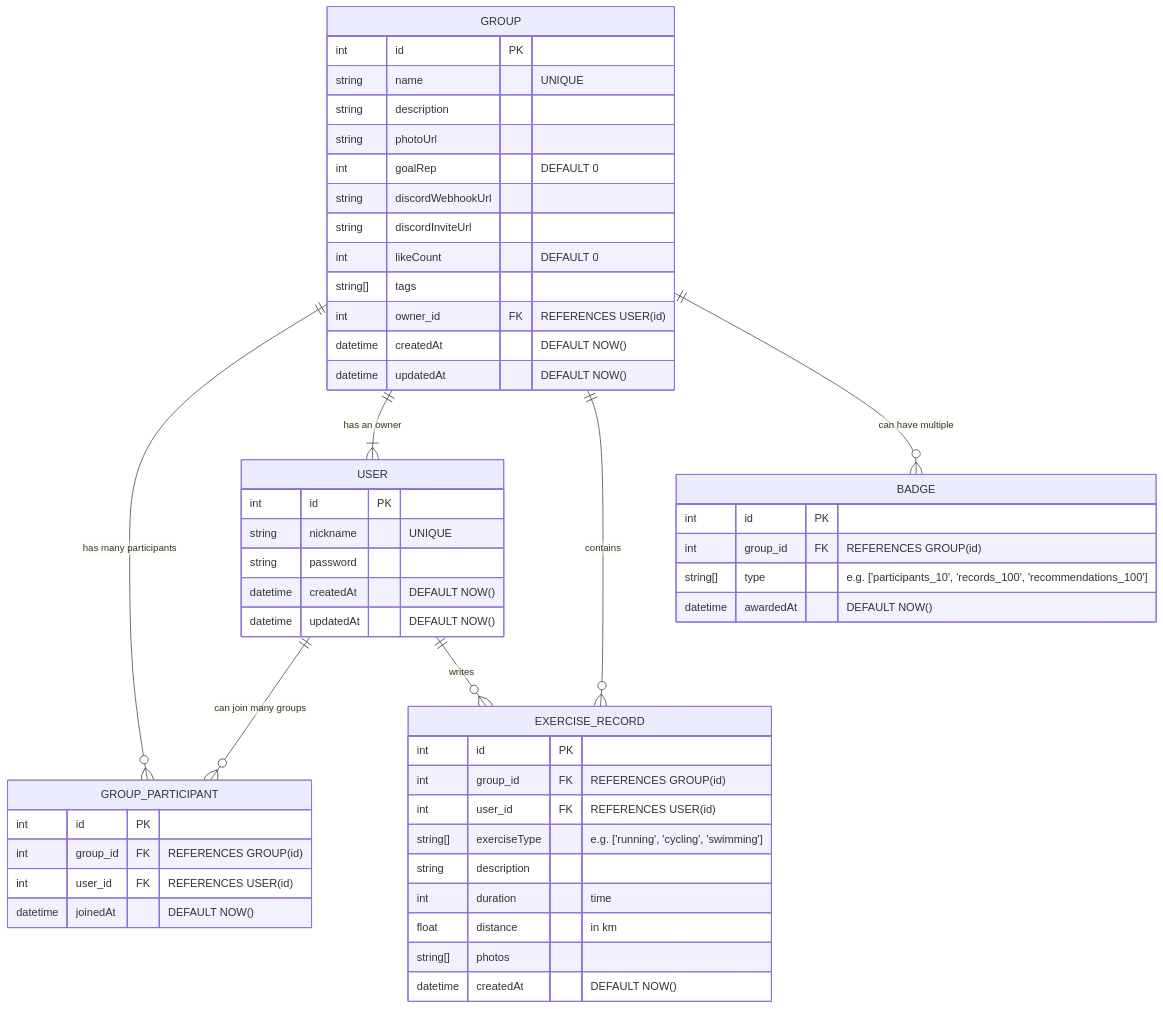
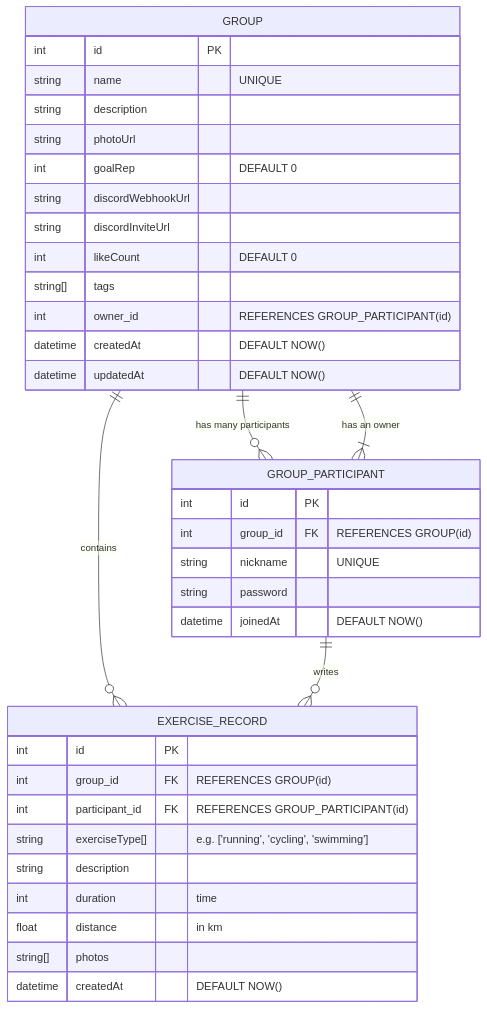
One commit to funfungun/mermaid changed the diagram in README.md. Above: the diagram before and after it, drawn with Mermaid.

````diff
--- a/README.md
+++ b/README.md
@@ -1,61 +1,43 @@
 ```mermaid
 erDiagram
     GROUP {
         int id PK
         string name "UNIQUE"
         string description
         string photoUrl
         int goalRep "DEFAULT 0"
         string discordWebhookUrl
         string discordInviteUrl
         int likeCount "DEFAULT 0"
         string[] tags
-        int owner_id FK "REFERENCES USER(id)"
-        datetime createdAt "DEFAULT NOW()"
-        datetime updatedAt "DEFAULT NOW()"
-    }
-
-    USER {
-        int id PK
-        string nickname "UNIQUE"
-        string password
+        int owner_id "REFERENCES GROUP_PARTICIPANT(id)"
         datetime createdAt "DEFAULT NOW()"
         datetime updatedAt "DEFAULT NOW()"
     }
 
     GROUP_PARTICIPANT {
         int id PK
         int group_id FK "REFERENCES GROUP(id)"
-        int user_id FK "REFERENCES USER(id)"
+        string nickname "UNIQUE"
+        string password
         datetime joinedAt "DEFAULT NOW()"
-        %% UNIQUE(group_id, user_id) 추가해야 함
     }
 
     GROUP ||--o{ GROUP_PARTICIPANT : "has many participants"
-    USER ||--o{ GROUP_PARTICIPANT : "can join many groups"
-    GROUP ||--|{ USER : "has an owner"
+    GROUP ||--|{ GROUP_PARTICIPANT : "has an owner"
 
     EXERCISE_RECORD {
         int id PK
         int group_id FK "REFERENCES GROUP(id)"
-        int user_id FK "REFERENCES USER(id)"
-        string[] exerciseType "e.g. ['running', 'cycling', 'swimming']"
+        int participant_id FK "REFERENCES GROUP_PARTICIPANT(id)"
+        string exerciseType[] "e.g. ['running', 'cycling', 'swimming']"
         string description
         int duration "time"
         float distance "in km"
         string[] photos
         datetime createdAt "DEFAULT NOW()"
     }
 
     GROUP ||--o{ EXERCISE_RECORD : "contains"
-    USER ||--o{ EXERCISE_RECORD : "writes"
-
-    BADGE {
-        int id PK
-        int group_id FK "REFERENCES GROUP(id)"
-        string[] type "e.g. ['participants_10', 'records_100', 'recommendations_100']"
-        datetime awardedAt "DEFAULT NOW()"
-    }
-
-    GROUP ||--o{ BADGE : "can have multiple"
+    GROUP_PARTICIPANT ||--o{ EXERCISE_RECORD : "writes"
 ```
````
